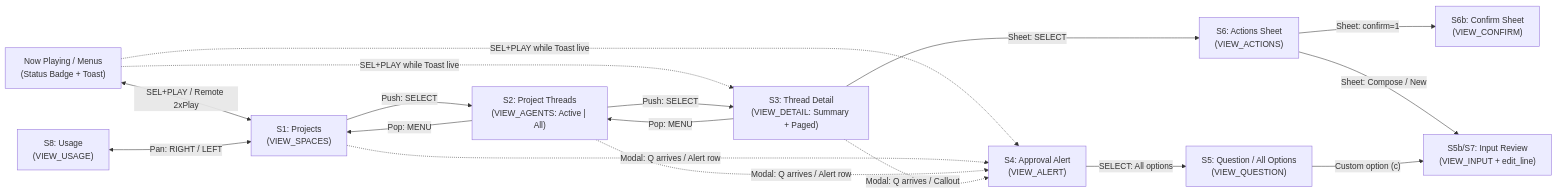
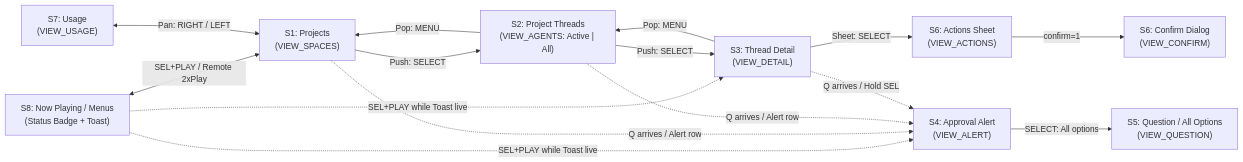
One commit to gfhdhytghd/AstraPod changed the diagram in docs/podbox/design/t3-remote/t3-remote-design.md. Above: the diagram before and after it, drawn with Mermaid. The commit also changed other lines of this file and 23 other files, not shown here.

````diff
--- a/docs/podbox/design/t3-remote/t3-remote-design.md
+++ b/docs/podbox/design/t3-remote/t3-remote-design.md
@@ -38,30 +39,27 @@
 ```mermaid
 flowchart LR
-    NP["Now Playing / Menus\n(Status Badge + Toast)"]
-    S8["S8: Usage\n(VIEW_USAGE)"]
+    NP["S8: Now Playing / Menus\n(Status Badge + Toast)"]
+    S7["S7: Usage\n(VIEW_USAGE)"]
     S1["S1: Projects\n(VIEW_SPACES)"]
     S2["S2: Project Threads\n(VIEW_AGENTS: Active | All)"]
-    S3["S3: Thread Detail\n(VIEW_DETAIL: Summary + Paged)"]
+    S3["S3: Thread Detail\n(VIEW_DETAIL)"]
     S6["S6: Actions Sheet\n(VIEW_ACTIONS)"]
-    S7["S6b: Confirm Sheet\n(VIEW_CONFIRM)"]
+    S6C["S6: Confirm Dialog\n(VIEW_CONFIRM)"]
     S4["S4: Approval Alert\n(VIEW_ALERT)"]
     S5["S5: Question / All Options\n(VIEW_QUESTION)"]
-    S9["S5b/S7: Input Review\n(VIEW_INPUT + edit_line)"]
 
     NP <-->|"SEL+PLAY / Remote 2xPlay"| S1
     NP -.->|"SEL+PLAY while Toast live"| S4
     NP -.->|"SEL+PLAY while Toast live"| S3
-    S8 <-->|"Pan: RIGHT / LEFT"| S1
+    S7 <-->|"Pan: RIGHT / LEFT"| S1
     S1 -->|"Push: SELECT"| S2
     S2 -->|"Pop: MENU"| S1
     S2 -->|"Push: SELECT"| S3
     S3 -->|"Pop: MENU"| S2
     S3 -->|"Sheet: SELECT"| S6
-    S6 -->|"Sheet: confirm=1"| S7
-    S6 -->|"Sheet: Compose / New"| S9
-    S1 -.->|"Modal: Q arrives / Alert row"| S4
-    S2 -.->|"Modal: Q arrives / Alert row"| S4
-    S3 -.->|"Modal: Q arrives / Callout"| S4
+    S6 -->|"confirm=1"| S6C
+    S1 -.->|"Q arrives / Alert row"| S4
+    S2 -.->|"Q arrives / Alert row"| S4
+    S3 -.->|"Q arrives / Hold SEL"| S4
     S4 -->|"SELECT: All options"| S5
-    S5 -->|"Custom option (c)"| S9
 ```
````
